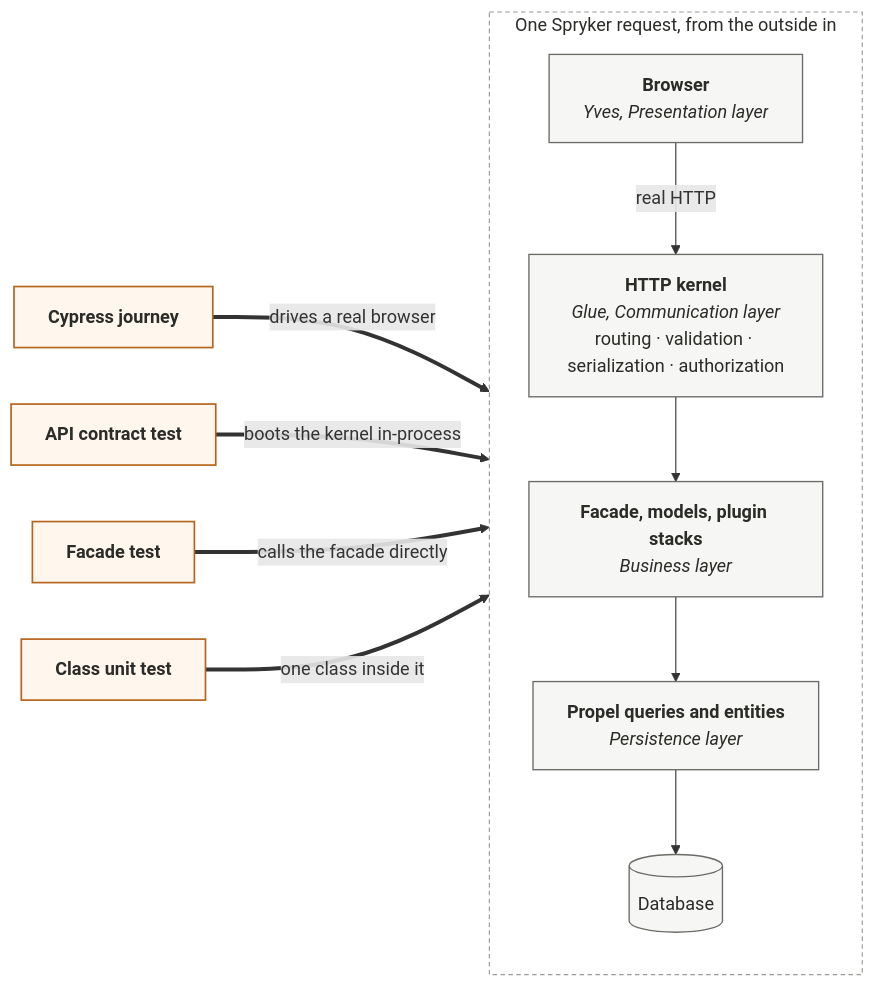
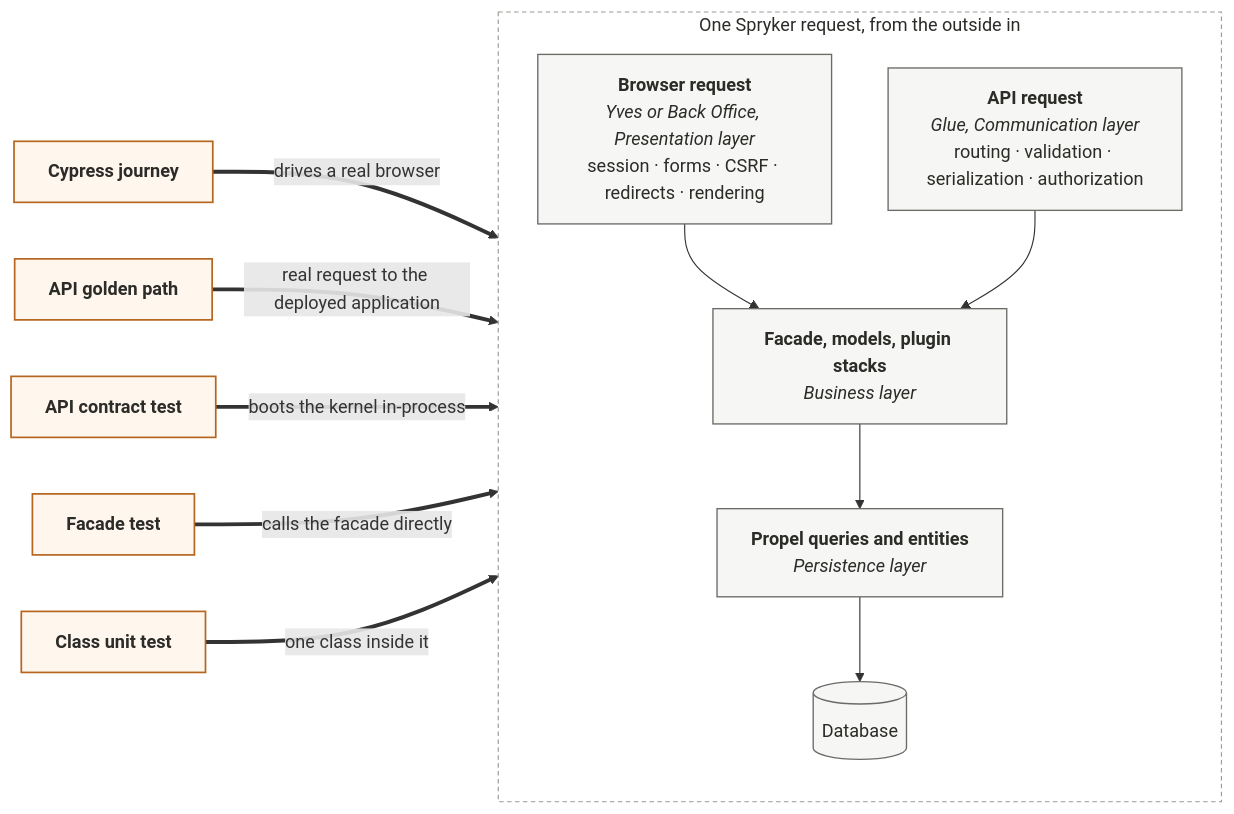
Before and after one commit to spryker/spryker-docs: the diagram in _includes/diagrams/testing/test-types-entry-points.mmd, drawn with Mermaid. The commit also changed 8 other files, not shown here.

```diff
--- a/_includes/diagrams/testing/test-types-entry-points.mmd
+++ b/_includes/diagrams/testing/test-types-entry-points.mmd
@@ -1,30 +1,32 @@
 %%{init: {"flowchart": {"htmlLabels": true, "curve": "basis"}} }%%
 flowchart LR
     CY["<b>Cypress journey</b>"]
+    AG["<b>API golden path</b>"]
     AC["<b>API contract test</b>"]
     FA["<b>Facade test</b>"]
     UN["<b>Class unit test</b>"]
 
     subgraph STACK["One Spryker request, from the outside in"]
         direction TB
-        BR["<b>Browser</b><br/><i>Yves, Presentation layer</i>"]
-        GL["<b>HTTP kernel</b><br/><i>Glue, Communication layer</i><br/>routing · validation · serialization · authorization"]
+        BR["<b>Browser request</b><br/><i>Yves or Back Office, Presentation layer</i><br/>session · forms · CSRF · redirects · rendering"]
+        GL["<b>API request</b><br/><i>Glue, Communication layer</i><br/>routing · validation · serialization · authorization"]
         BU["<b>Facade, models, plugin stacks</b><br/><i>Business layer</i>"]
         PE["<b>Propel queries and entities</b><br/><i>Persistence layer</i>"]
         DB[("Database")]
-        BR -->|real HTTP| GL
+        BR --> BU
         GL --> BU
         BU --> PE
         PE --> DB
     end
 
     CY ==>|"drives a real browser"| BR
+    AG ==>|"real request to the deployed application"| GL
     AC ==>|"boots the kernel in-process"| GL
     FA ==>|"calls the facade directly"| BU
     UN ==>|"one class inside it"| BU
 
     classDef entry fill:#FFF6ED,stroke:#B5651D,stroke-width:1.5px,color:#2B2B28
     classDef layer fill:#F6F6F4,stroke:#6B6B68,stroke-width:1.2px,color:#2B2B28
-    class CY,AC,FA,UN entry
+    class CY,AG,AC,FA,UN entry
     class BR,GL,BU,PE,DB layer
     style STACK fill:#FFFFFF,stroke:#9A9A94,stroke-dasharray:4 3,color:#2B2B28
```
